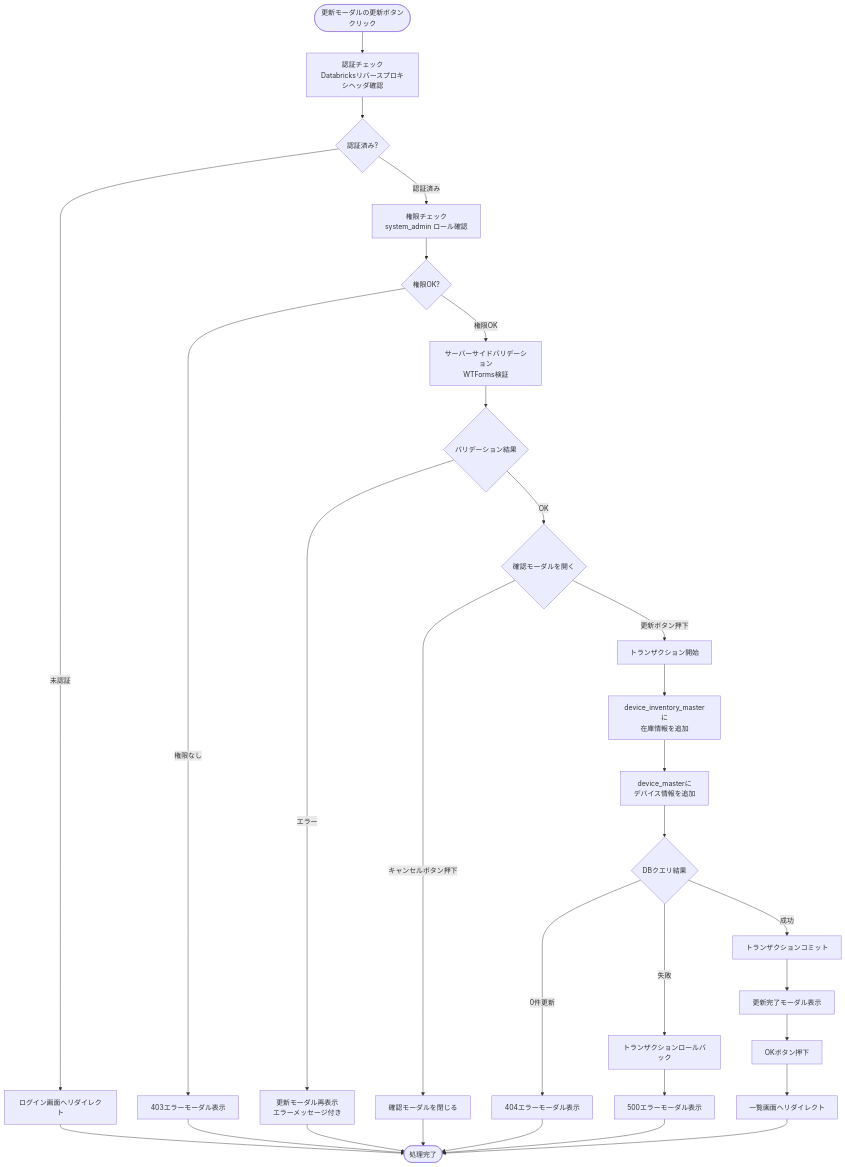
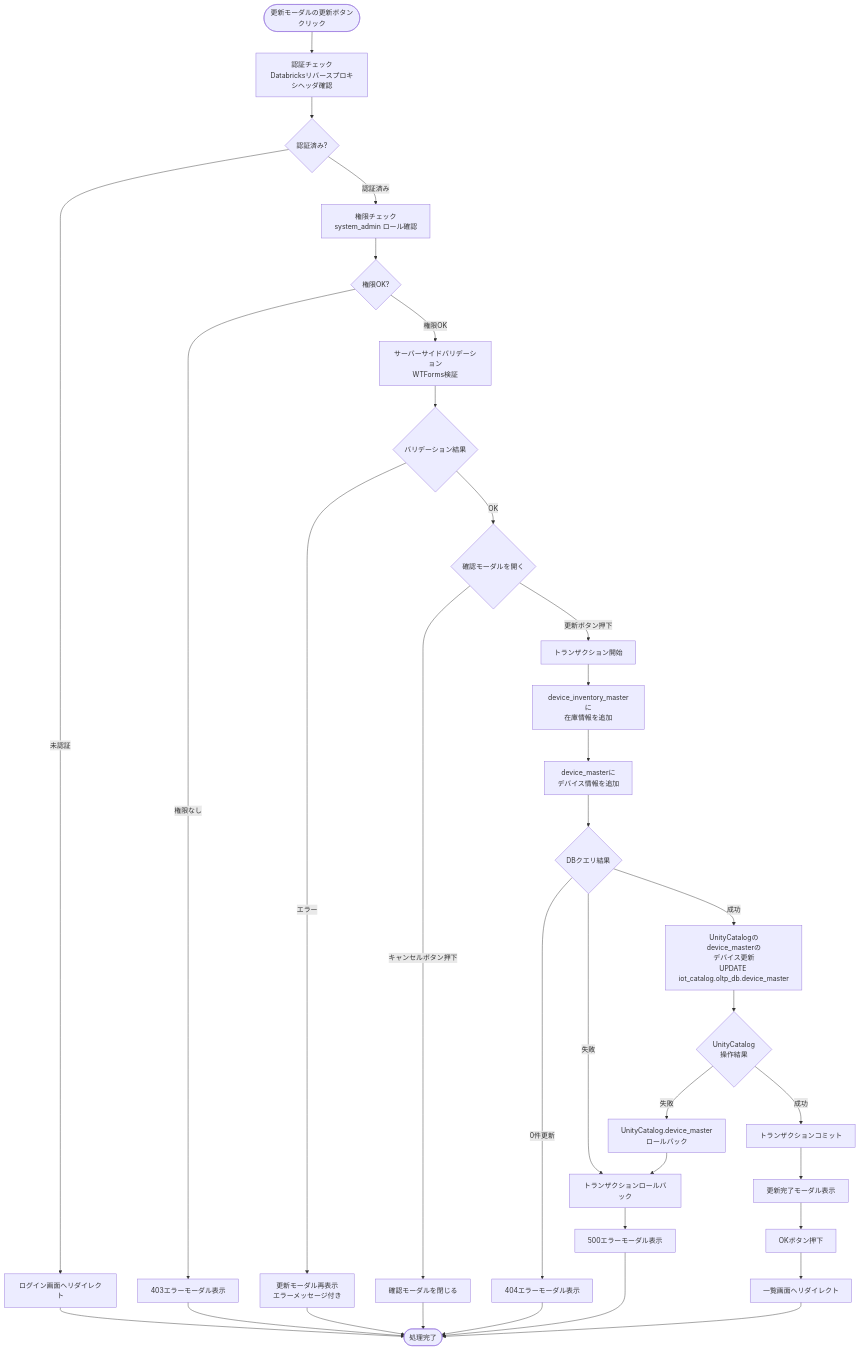
One commit to NSW-SVCP-AIWG002/Databricks-IoT changed the sixth of 9 diagrams in docs/03-features/flask-app/device-inventory/workflow-specification.md. Above: the diagram before and after it, drawn with Mermaid. The commit also changed other lines of this file and 11 other files, not shown here.

````diff
--- a/docs/03-features/flask-app/device-inventory/workflow-specification.md
+++ b/docs/03-features/flask-app/device-inventory/workflow-specification.md
@@ -797,41 +830,47 @@
 ```mermaid
 flowchart TD
     Start([更新モーダルの更新ボタン<br>クリック]) --> Auth[認証チェック<br>Databricksリバースプロキシヘッダ確認]
     Auth --> CheckAuth{認証済み?}
     CheckAuth -->|未認証| Error401[ログイン画面へリダイレクト]
     Error401 --> End([処理完了])
 
     CheckAuth -->|認証済み| Permission[権限チェック<br>system_admin ロール確認]
     Permission --> CheckPerm{権限OK?}
     CheckPerm -->|権限なし| Error403[403エラーモーダル表示]
     Error403 --> End
 
     CheckPerm -->|権限OK| Validate[サーバーサイドバリデーション<br>WTForms検証]
     Validate --> ValidCheck{バリデーション結果}
 
     ValidCheck -->|エラー| ValidError[更新モーダル再表示<br>エラーメッセージ付き]
     ValidError --> End
 
     ValidCheck -->|OK| OpenConfirmModal{確認モーダルを開く}
 
     OpenConfirmModal -->|キャンセルボタン押下| CancelMsg[確認モーダルを閉じる]
     CancelMsg --> End
 
     OpenConfirmModal -->|更新ボタン押下| BeginTx[トランザクション開始]
     BeginTx --> InsertInventory[device_inventory_masterに<br>在庫情報を追加]
     InsertInventory --> InsertDevice[device_masterに<br>デバイス情報を追加]
     InsertDevice --> UpdateResult{DBクエリ結果}
 
     UpdateResult -->|0件更新| Error404[404エラーモーダル表示]
     Error404 --> End
 
     UpdateResult -->|失敗| Rollback[トランザクションロールバック]
     Rollback --> Error500[500エラーモーダル表示]
     Error500 --> End
 
-    UpdateResult -->|成功| Commit[トランザクションコミット]
+    UpdateResult -->|成功| UpdateUC[UnityCatalogの<br>device_masterの<br>デバイス更新<br>UPDATE iot_catalog.oltp_db.device_master]
+
+    UpdateUC --> UCUpdateResult{UnityCatalog<br>操作結果}
+    UCUpdateResult --> |成功|Commit[トランザクションコミット]
+    UCUpdateResult --> |失敗|UCRollback[UnityCatalog.device_master<br>ロールバック]
+    UCRollback --> Rollback
+
     Commit --> ShowComplete[更新完了モーダル表示]
     ShowComplete --> UserOK[OKボタン押下]
     UserOK --> Redirect[一覧画面へリダイレクト]
     Redirect --> End
 ```
````
